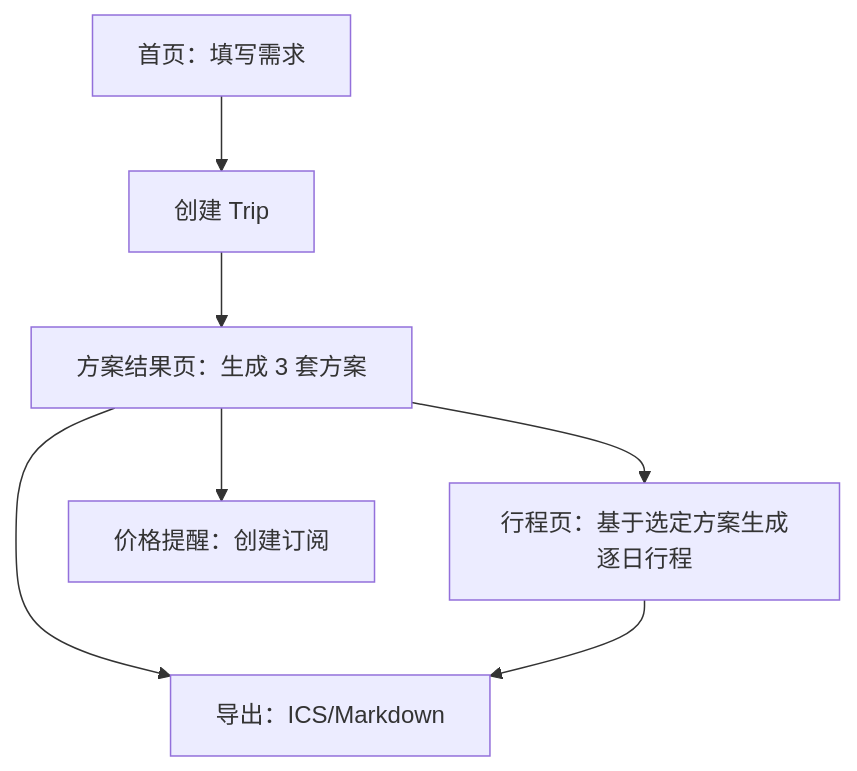
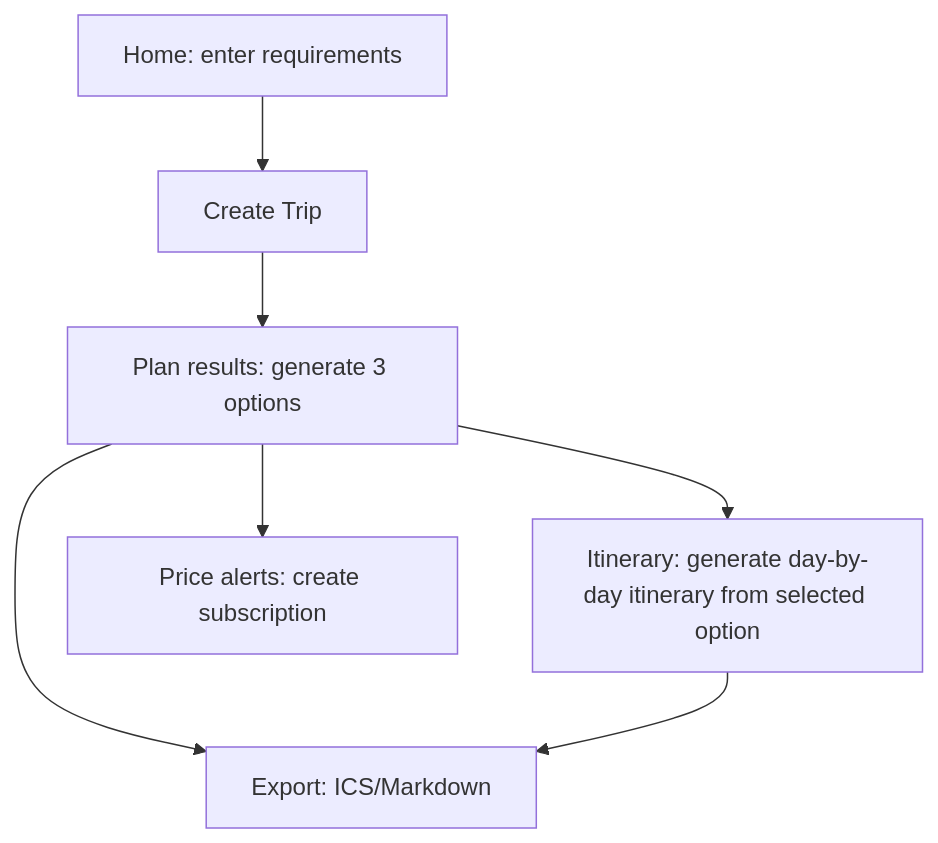
The diagram in .trae/documents/TripSmith-PRD-Addendum-Alignment-2026-01-25.md (songyu-Ren/tripSmith), drawn with Mermaid before and after one commit. The commit also changed other lines of this file and 19 other files, not shown here.

````diff
--- a/.trae/documents/TripSmith-PRD-Addendum-Alignment-2026-01-25.md
+++ b/.trae/documents/TripSmith-PRD-Addendum-Alignment-2026-01-25.md
@@ -36,9 +36,9 @@
 ```mermaid
 graph TD
-  A["首页：填写需求"] --> B["创建 Trip"]
-  B --> C["方案结果页：生成 3 套方案"]
-  C --> D["行程页：基于选定方案生成逐日行程"]
-  C --> E["价格提醒：创建订阅"]
-  C --> F["导出：ICS/Markdown"]
+  A["Home: enter requirements"] --> B["Create Trip"]
+  B --> C["Plan results: generate 3 options"]
+  C --> D["Itinerary: generate day-by-day itinerary from selected option"]
+  C --> E["Price alerts: create subscription"]
+  C --> F["Export: ICS/Markdown"]
   D --> F
 ```
````
